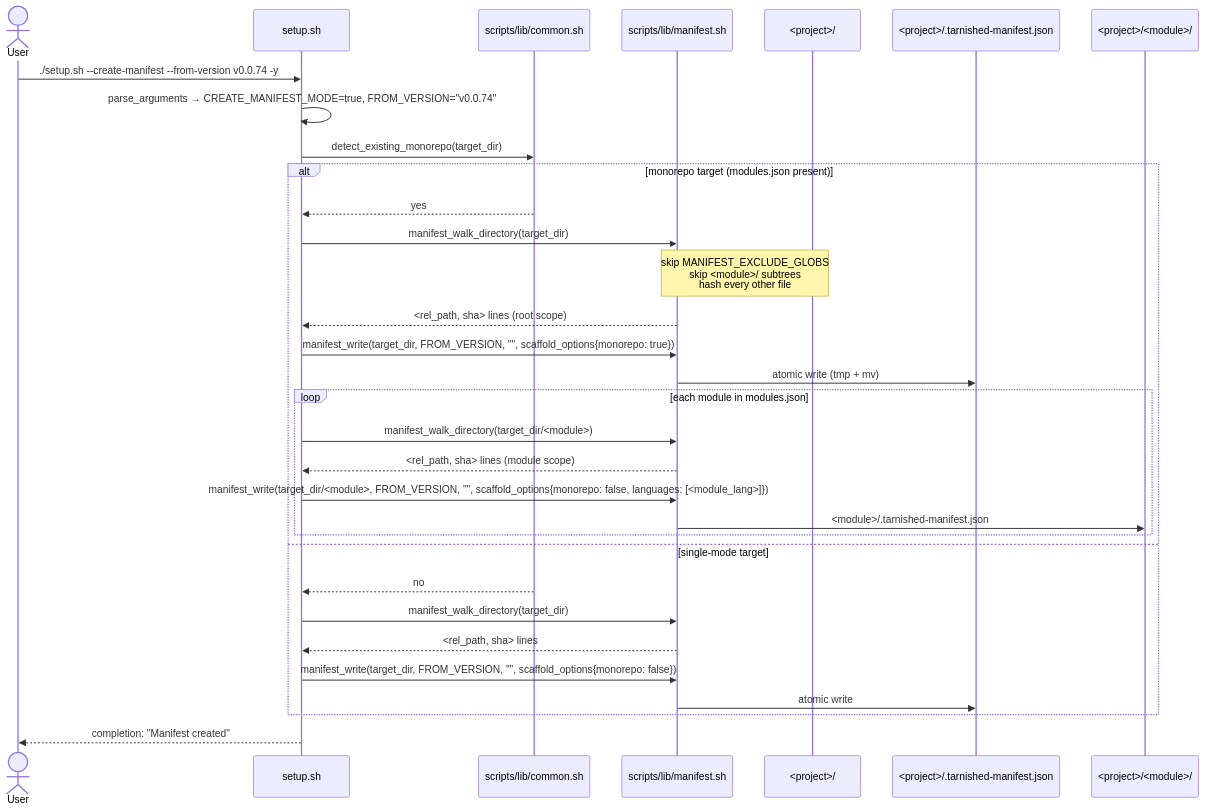
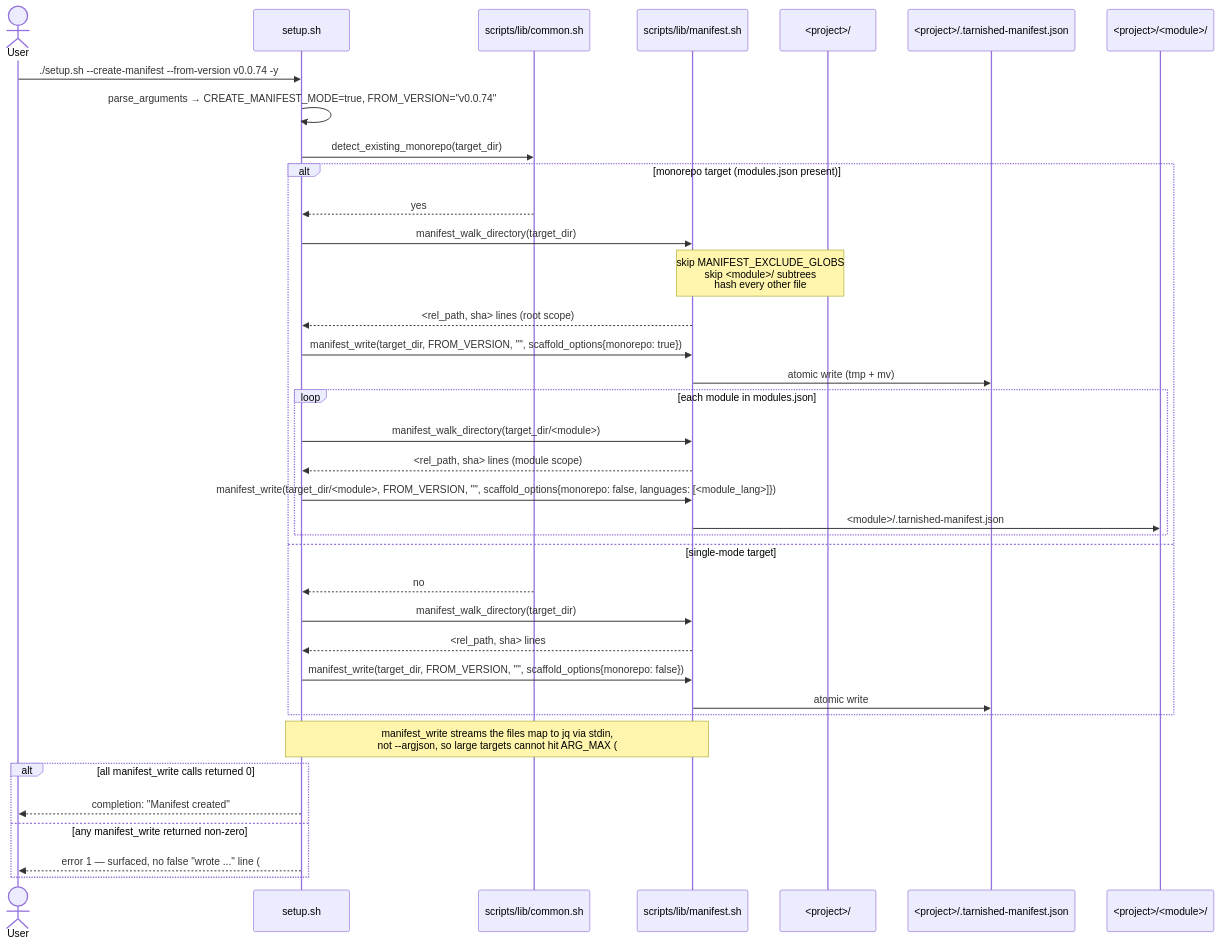
Before and after one commit to TE-ToshiakiTanaka2/tarnished: the ninth of 15 diagrams in docs/design/shared/sequence.md, drawn with Mermaid. The commit also changed other lines of this file and 7 other files, not shown here.

First line of the commit message:
fix: stream manifest files map to jq via stdin and honor write exit code (#290)

````diff
--- a/docs/design/shared/sequence.md
+++ b/docs/design/shared/sequence.md
@@ -365,37 +365,42 @@
 ```mermaid
 sequenceDiagram
     actor User
     participant Setup as setup.sh
     participant Common as scripts/lib/common.sh
     participant Manifest as scripts/lib/manifest.sh
     participant Target as <project>/
     participant ManFile as <project>/.tarnished-manifest.json
     participant ModSubDir as <project>/<module>/
 
     User->>Setup: ./setup.sh --create-manifest --from-version v0.0.74 -y
     Setup->>Setup: parse_arguments → CREATE_MANIFEST_MODE=true, FROM_VERSION="v0.0.74"
     Setup->>Common: detect_existing_monorepo(target_dir)
     alt monorepo target (modules.json present)
         Common-->>Setup: yes
         Setup->>Manifest: manifest_walk_directory(target_dir)
         Note over Manifest,Target: skip MANIFEST_EXCLUDE_GLOBS<br/>skip <module>/ subtrees<br/>hash every other file
         Manifest-->>Setup: <rel_path, sha> lines (root scope)
         Setup->>Manifest: manifest_write(target_dir, FROM_VERSION, "", scaffold_options{monorepo: true})
         Manifest->>ManFile: atomic write (tmp + mv)
 
         loop each module in modules.json
             Setup->>Manifest: manifest_walk_directory(target_dir/<module>)
             Manifest-->>Setup: <rel_path, sha> lines (module scope)
             Setup->>Manifest: manifest_write(target_dir/<module>, FROM_VERSION, "", scaffold_options{monorepo: false, languages: [<module_lang>]})
             Manifest->>ModSubDir: <module>/.tarnished-manifest.json
         end
     else single-mode target
         Common-->>Setup: no
         Setup->>Manifest: manifest_walk_directory(target_dir)
         Manifest-->>Setup: <rel_path, sha> lines
         Setup->>Manifest: manifest_write(target_dir, FROM_VERSION, "", scaffold_options{monorepo: false})
         Manifest->>ManFile: atomic write
     end
 
-    Setup-->>User: completion: "Manifest created"
+    Note over Setup,Manifest: manifest_write streams the files map to jq via stdin,<br/>not --argjson, so large targets cannot hit ARG_MAX (#289)
+    alt all manifest_write calls returned 0
+        Setup-->>User: completion: "Manifest created"
+    else any manifest_write returned non-zero
+        Setup-->>User: error 1 — surfaced, no false "wrote ..." line (#289)
+    end
 ```
````
